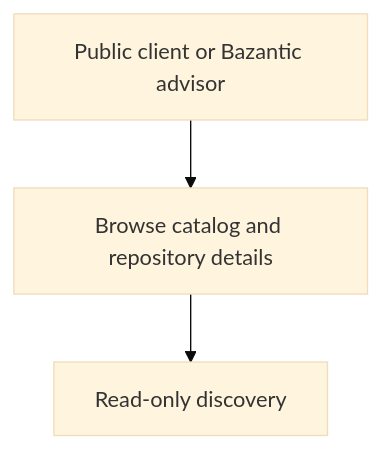
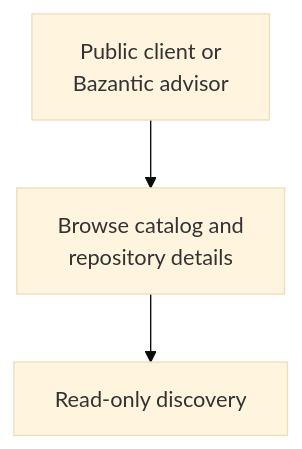
The seventh of 8 diagrams in README.md (vm06007/margit), drawn with Mermaid (base theme) before and after one commit. The commit also changed other lines of this file, not shown here.

````diff
--- a/README.md
+++ b/README.md
@@ -222,5 +221,5 @@
 ```mermaid
 flowchart TD
-    Public[Public client or Bazantic advisor] --> Read[Browse catalog and repository details]
+    Public["Public client or<br/>Bazantic advisor"] --> Read["Browse catalog and<br/>repository details"]
     Read --> Catalog[Read-only discovery]
 ```
````
